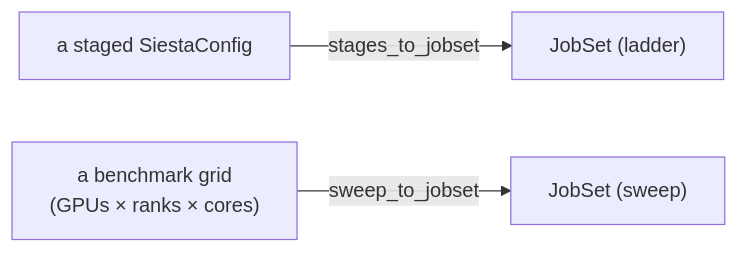
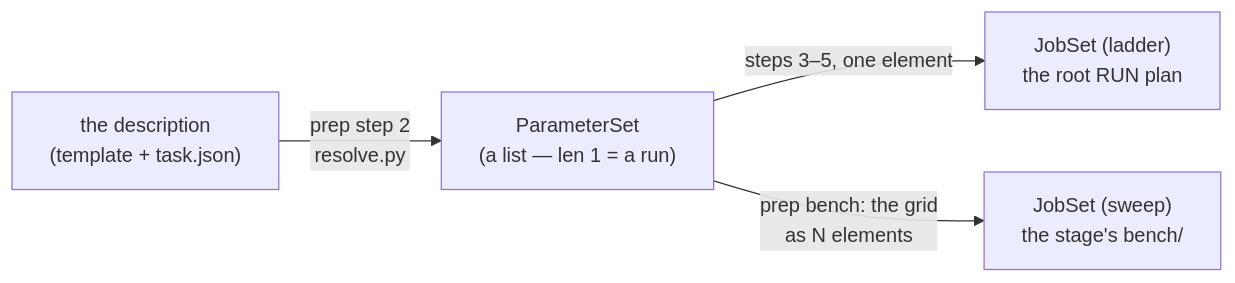
One commit to Qing-LAB/molbuilder changed the fourth of 9 diagrams in docs/execution/job-system.md. Above: the diagram before and after it, drawn with Mermaid. The commit also changed other lines of this file and 1 other file, not shown here.

````diff
--- a/docs/execution/job-system.md
+++ b/docs/execution/job-system.md
@@ -491,5 +499,6 @@
 ```mermaid
 flowchart LR
-    C["a staged SiestaConfig"] -->|"stages_to_jobset"| L["JobSet (ladder)"]
-    G["a benchmark grid<br/>(GPUs × ranks × cores)"] -->|"sweep_to_jobset"| S["JobSet (sweep)"]
+    D["the description<br/>(template + task.json)"] -->|"prep step 2<br/>resolve.py"| PS["ParameterSet<br/>(a list — len 1 = a run)"]
+    PS -->|"steps 3–5, one element"| L["JobSet (ladder)<br/>the root RUN plan"]
+    PS -->|"prep bench: the grid<br/>as N elements"| S["JobSet (sweep)<br/>the stage's bench/"]
 ```
````
